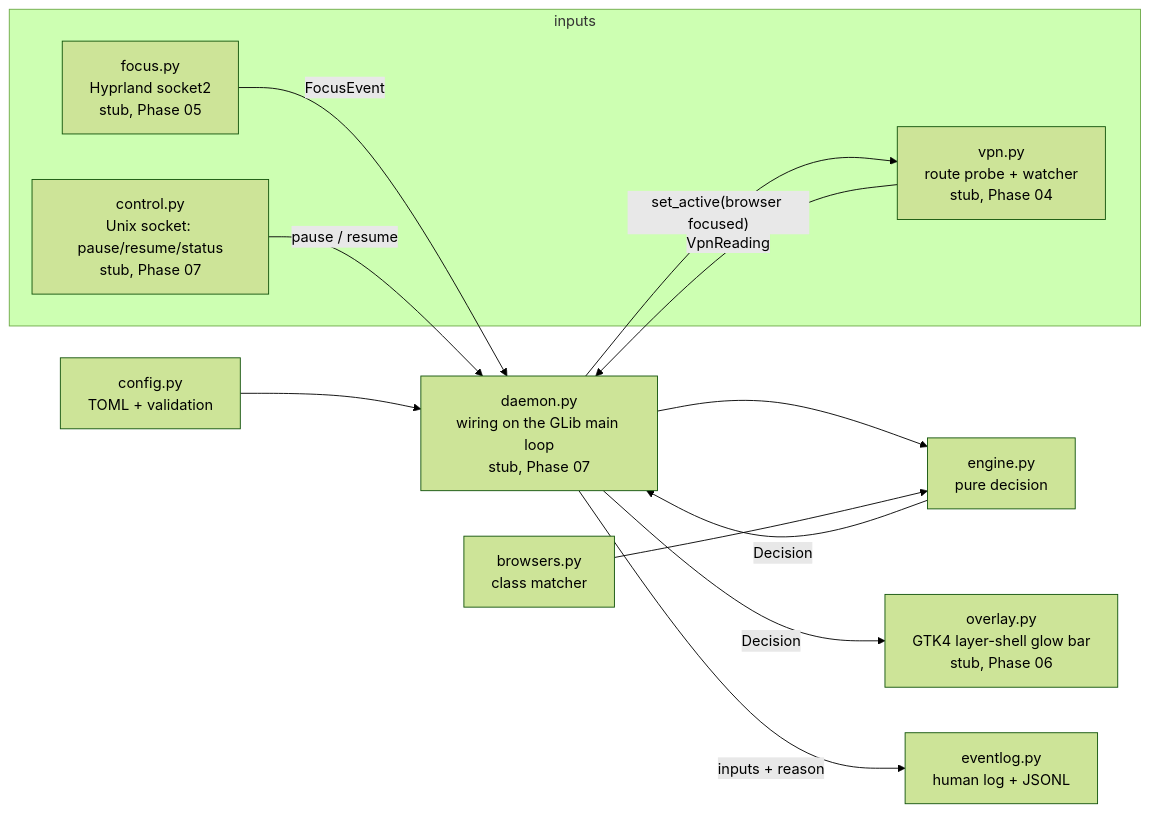
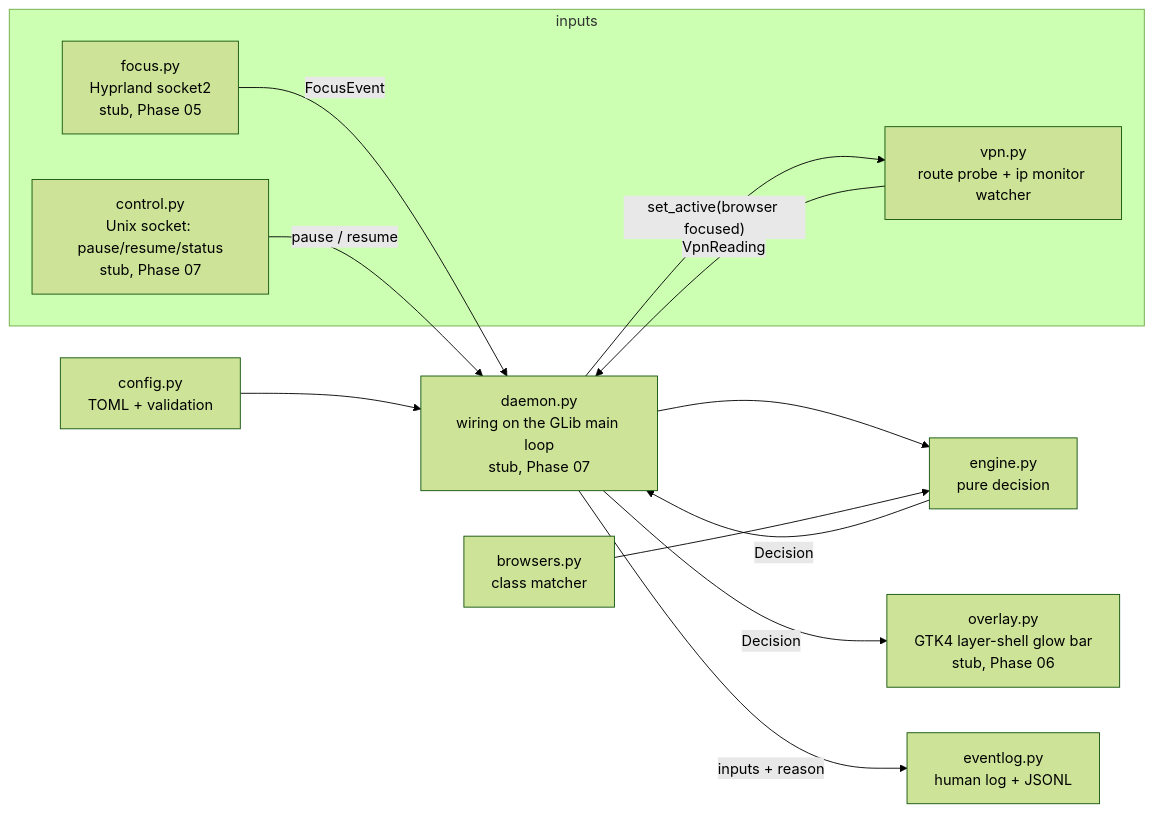
One commit to antonizick/VPNMonitor changed the diagram in docs/VPM_ARCHITECTURE.md. Above: the diagram before and after it, drawn with Mermaid (forest theme). The commit also changed other lines of this file and 8 other files, not shown here.

Commit message:
docs: VPN detector architecture, ADR-0007 accepted, ADR-0015, AM-1, later-prompt notes

````diff
--- a/docs/VPM_ARCHITECTURE.md
+++ b/docs/VPM_ARCHITECTURE.md
@@ -7,25 +7,25 @@
 ```mermaid
 flowchart LR
     subgraph inputs
         F[focus.py<br/>Hyprland socket2<br/>stub, Phase 05]
-        V[vpn.py<br/>route probe + watcher<br/>stub, Phase 04]
+        V[vpn.py<br/>route probe + ip monitor watcher]
         C[control.py<br/>Unix socket: pause/resume/status<br/>stub, Phase 07]
     end
     E[engine.py<br/>pure decision]
     O[overlay.py<br/>GTK4 layer-shell glow bar<br/>stub, Phase 06]
     L[eventlog.py<br/>human log + JSONL]
     D[daemon.py<br/>wiring on the GLib main loop<br/>stub, Phase 07]
     B[browsers.py<br/>class matcher]
     CFG[config.py<br/>TOML + validation]
 
     F -- FocusEvent --> D
     V -- VpnReading --> D
     C -- pause / resume --> D
     D --> E
     B --> E
     CFG --> D
     E -- Decision --> D
     D -- Decision --> O
     D -- inputs + reason --> L
     D -- set_active(browser focused) --> V
 ```
````
